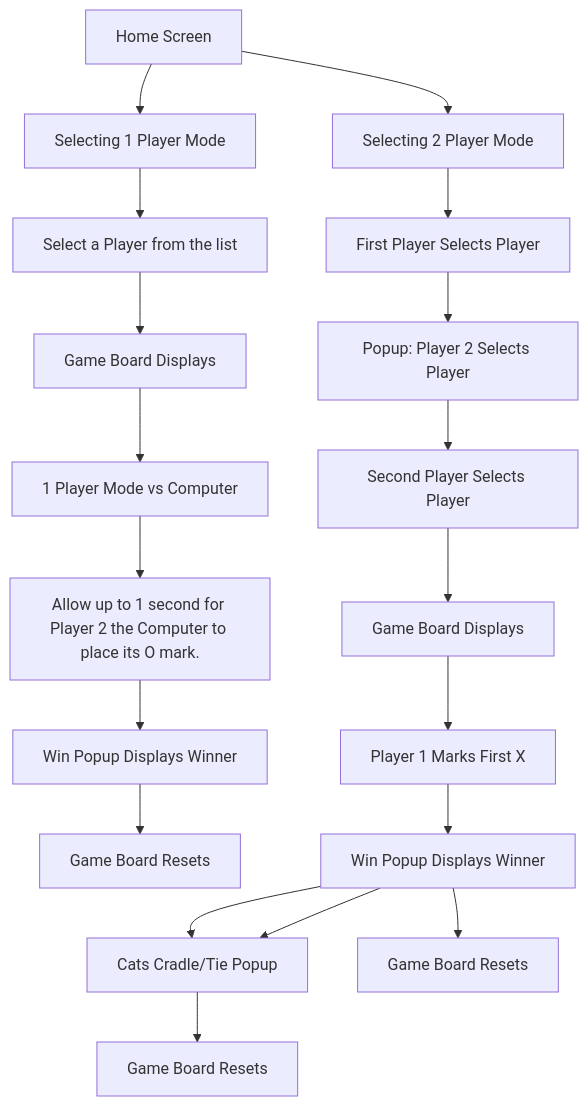
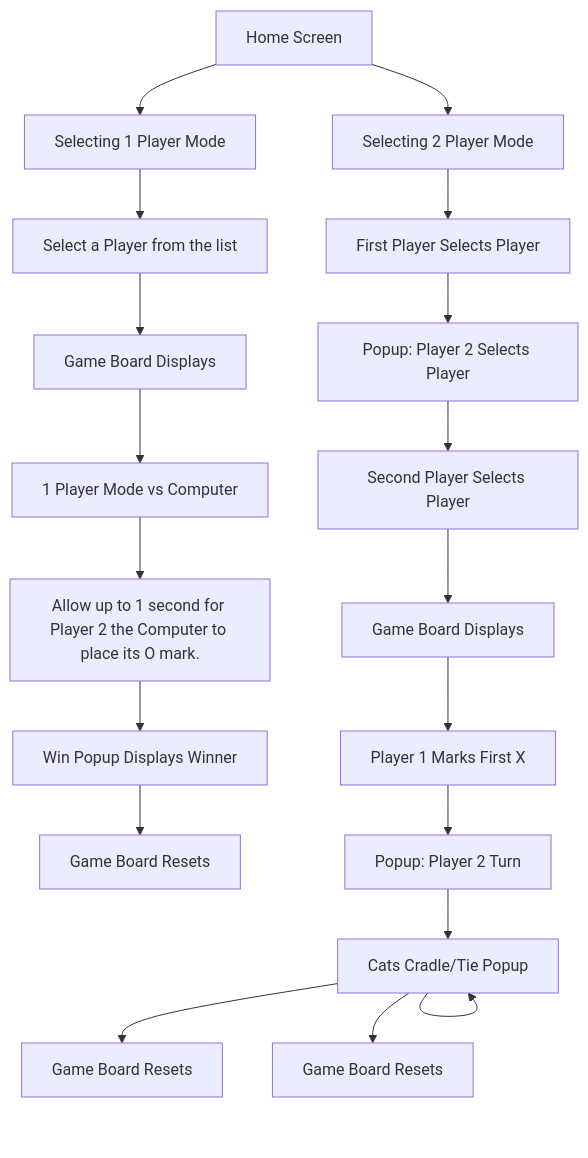
One commit to jfprogramming/tic-tac-toe changed the second of 2 diagrams in README.md. Above: the diagram before and after it, drawn with Mermaid.

````diff
--- a/README.md
+++ b/README.md
@@ -59,21 +59,21 @@
 ```mermaid
 graph TD
     A[Home Screen] --> B[Selecting 1 Player Mode]
     B --> C[Select a Player from the list]
     C --> D[Game Board Displays]
     D --> E[1 Player Mode vs Computer]
     E --> F[Allow up to 1 second for Player 2 the Computer to place its O mark.]
     F --> G[Win Popup Displays Winner]
     G --> H[Game Board Resets]
     A --> I[Selecting 2 Player Mode]
     I --> J[First Player Selects Player]
     J --> K[Popup: Player 2 Selects Player]
     K --> L[Second Player Selects Player]
     L --> M[Game Board Displays]
     M --> N[Player 1 Marks First X]
     N --> O[Popup: Player 2 Turn]
     O --> P[Game Complete]
-    O[Win Popup Displays Winner] --> P[Cats Cradle/Tie Popup]
-    O --> Q[Game Board Resets]
+    P[Win Popup Displays Winner] --> P[Cats Cradle/Tie Popup]
+    P --> Q[Game Board Resets]
     P --> R[Game Board Resets]
 ```
````
